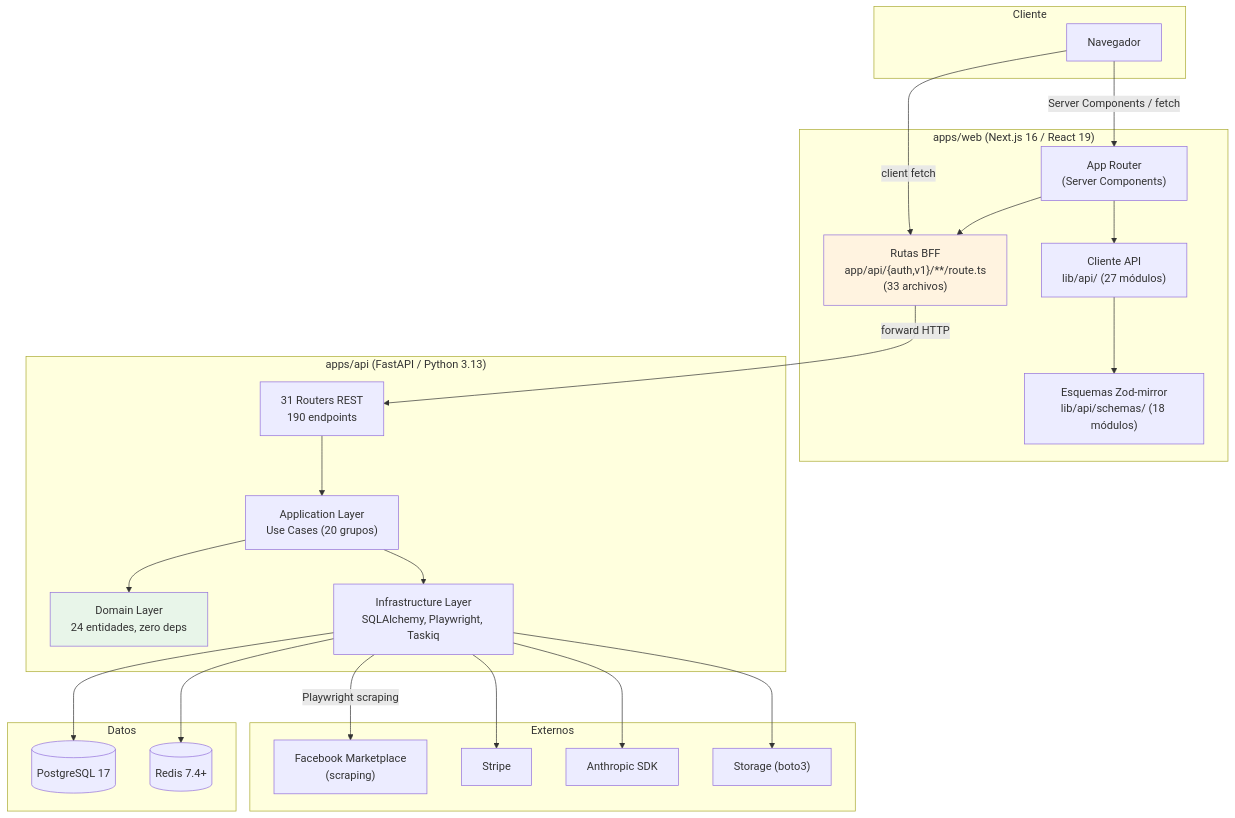
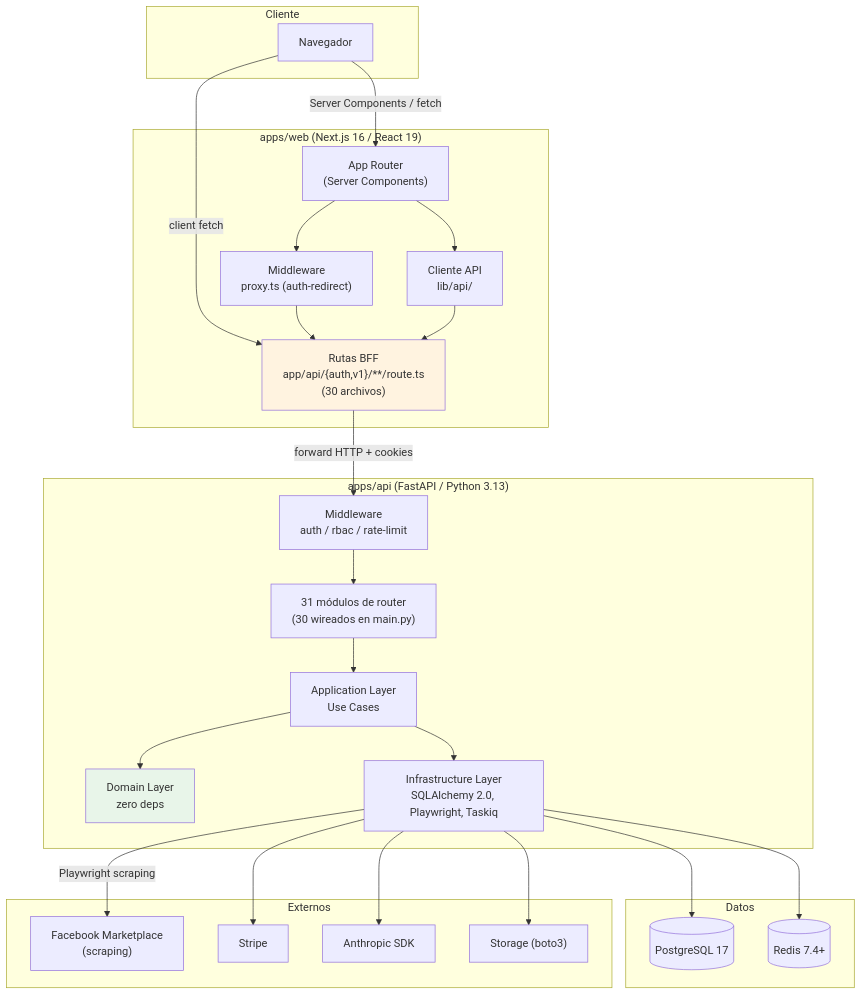
The first of 3 diagrams in aidlc/spaces/default/codekb/prosell-sass/architecture.md (rap77/prosell-sass), drawn with Mermaid before and after one commit. The commit also changed other lines of this file and 10 other files, not shown here.

````diff
--- a/aidlc/spaces/default/codekb/prosell-sass/architecture.md
+++ b/aidlc/spaces/default/codekb/prosell-sass/architecture.md
@@ -19,51 +19,54 @@
 ```mermaid
 graph TB
     subgraph Cliente
         Browser["Navegador"]
     end
 
     subgraph "apps/web (Next.js 16 / React 19)"
+        Proxy["Middleware<br/>proxy.ts (auth-redirect)"]
         AppRouter["App Router<br/>(Server Components)"]
-        BFF["Rutas BFF<br/>app/api/{auth,v1}/**/route.ts<br/>(33 archivos)"]
-        Client["Cliente API<br/>lib/api/ (27 módulos)"]
-        Zod["Esquemas Zod-mirror<br/>lib/api/schemas/ (18 módulos)"]
+        BFF["Rutas BFF<br/>app/api/{auth,v1}/**/route.ts<br/>(30 archivos)"]
+        Client["Cliente API<br/>lib/api/"]
     end
 
     subgraph "apps/api (FastAPI / Python 3.13)"
-        Routers["31 Routers REST<br/>190 endpoints"]
-        App["Application Layer<br/>Use Cases (20 grupos)"]
-        Domain["Domain Layer<br/>24 entidades, zero deps"]
-        Infra["Infrastructure Layer<br/>SQLAlchemy, Playwright, Taskiq"]
+        MW["Middleware<br/>auth / rbac / rate-limit"]
+        Routers["31 módulos de router<br/>(30 wireados en main.py)"]
+        App["Application Layer<br/>Use Cases"]
+        Domain["Domain Layer<br/>zero deps"]
+        Infra["Infrastructure Layer<br/>SQLAlchemy 2.0, Playwright, Taskiq"]
     end
 
     subgraph Datos
         PG[("PostgreSQL 17")]
         Redis[("Redis 7.4+")]
     end
 
     subgraph Externos
         FBM["Facebook Marketplace<br/>(scraping)"]
         Stripe["Stripe"]
         Anthropic["Anthropic SDK"]
         S3["Storage (boto3)"]
     end
 
     Browser -->|"Server Components / fetch"| AppRouter
-    AppRouter --> BFF
     Browser -->|"client fetch"| BFF
-    BFF -->|"forward HTTP"| Routers
-    Client --> Zod
+    AppRouter --> Proxy
+    Proxy --> BFF
+    BFF -->|"forward HTTP + cookies"| MW
+    Client --> BFF
     AppRouter --> Client
+    MW --> Routers
     Routers --> App
     App --> Domain
     App --> Infra
     Infra --> PG
     Infra --> Redis
     Infra -->|"Playwright scraping"| FBM
     Infra --> Stripe
     Infra --> Anthropic
     Infra --> S3
 
     style Domain fill:#e8f5e9
     style BFF fill:#fff3e0
 ```
````
